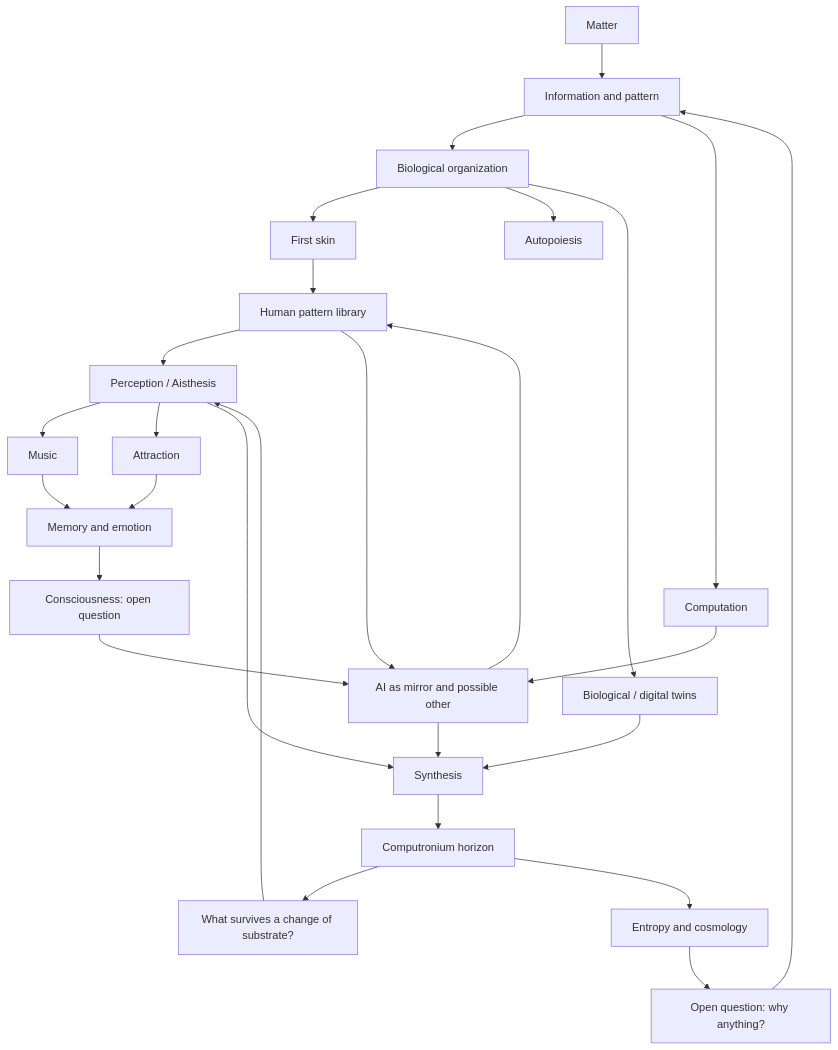
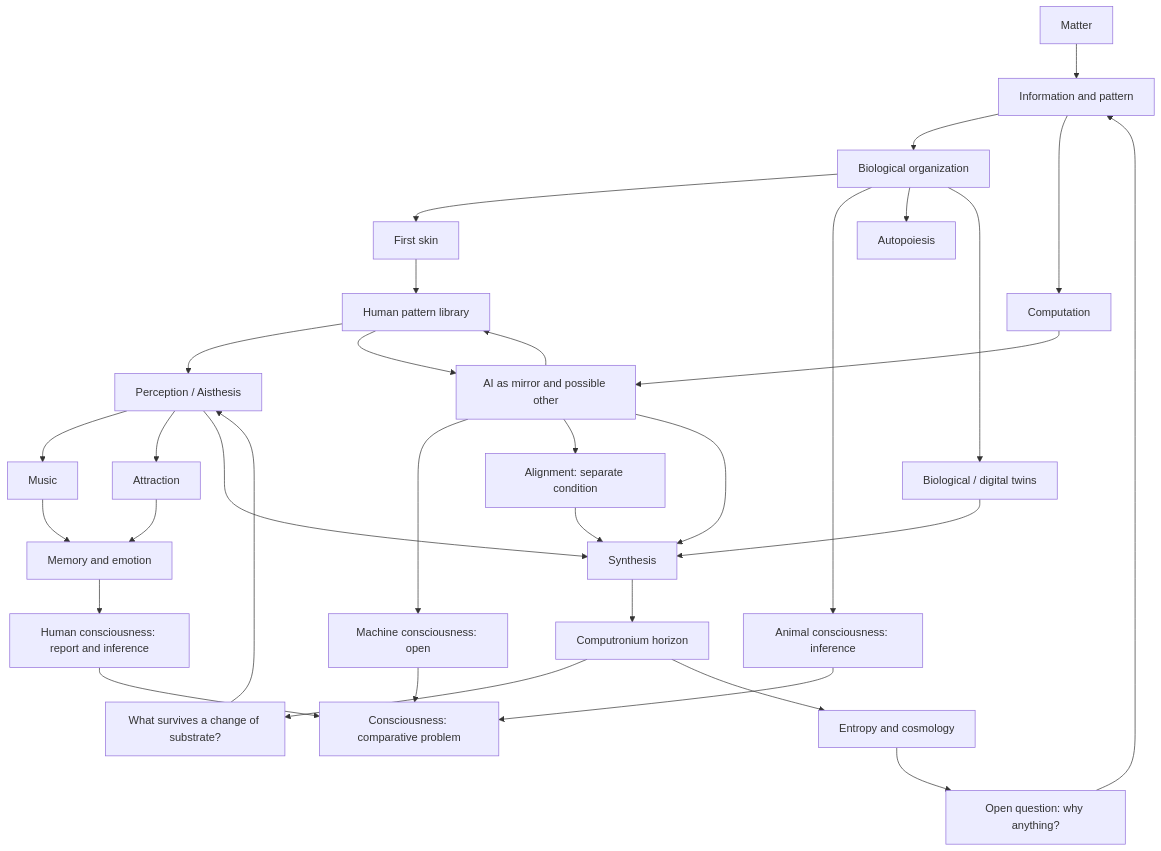
The diagram in trash-end/concepts/concept-map.md (sephmartin/essays), drawn with Mermaid before and after one commit. The commit also changed other lines of this file and 12 other files, not shown here.

Commit message:
Seed consciousness and alignment essays

````diff
--- a/trash-end/concepts/concept-map.md
+++ b/trash-end/concepts/concept-map.md
@@ -5,29 +5,35 @@
 ```mermaid
 flowchart TD
     M["Matter"] --> I["Information and pattern"]
     I --> B["Biological organization"]
     B --> S["First skin"]
     S --> HP["Human pattern library"]
     HP --> P["Perception / Aisthesis"]
     P --> MU["Music"]
     P --> A["Attraction"]
     MU --> E["Memory and emotion"]
     A --> E
-    E --> C["Consciousness: open question"]
+    B --> AC["Animal consciousness: inference"]
+    E --> HC["Human consciousness: report and inference"]
     B --> AU["Autopoiesis"]
     I --> CO["Computation"]
-    C --> AI["AI as mirror and possible other"]
-    CO --> AI
+    CO --> AI["AI as mirror and possible other"]
+    AI --> MC["Machine consciousness: open"]
+    AC --> C["Consciousness: comparative problem"]
+    HC --> C
+    MC --> C
     HP --> AI
     AI --> HP
+    AI --> AL["Alignment: separate condition"]
+    AL --> SY
     B --> DT["Biological / digital twins"]
     DT --> SY["Synthesis"]
     AI --> SY
     P --> SY
     SY --> CP["Computronium horizon"]
     CP --> Q["What survives a change of substrate?"]
     Q --> P
     CP --> EN["Entropy and cosmology"]
     EN --> OQ["Open question: why anything?"]
     OQ --> I
 ```
````
